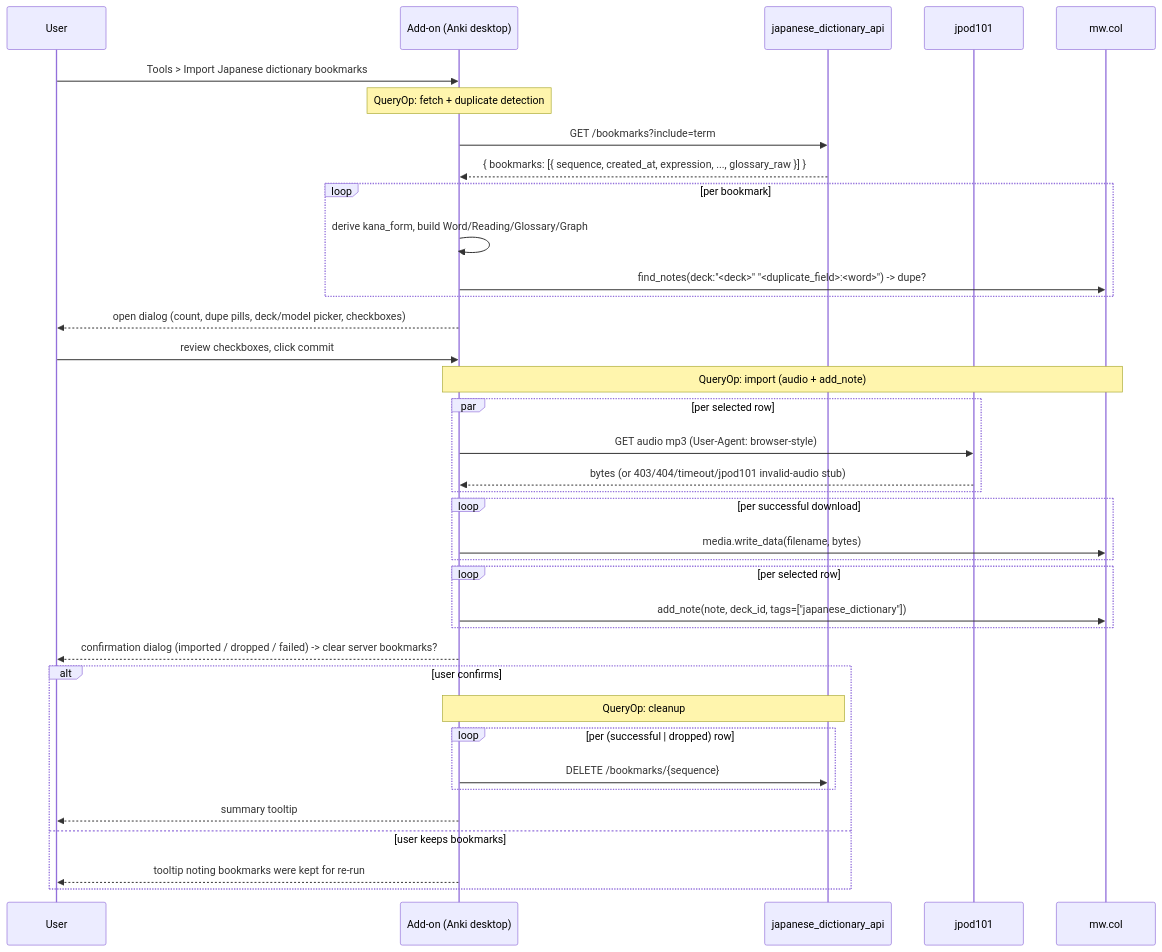
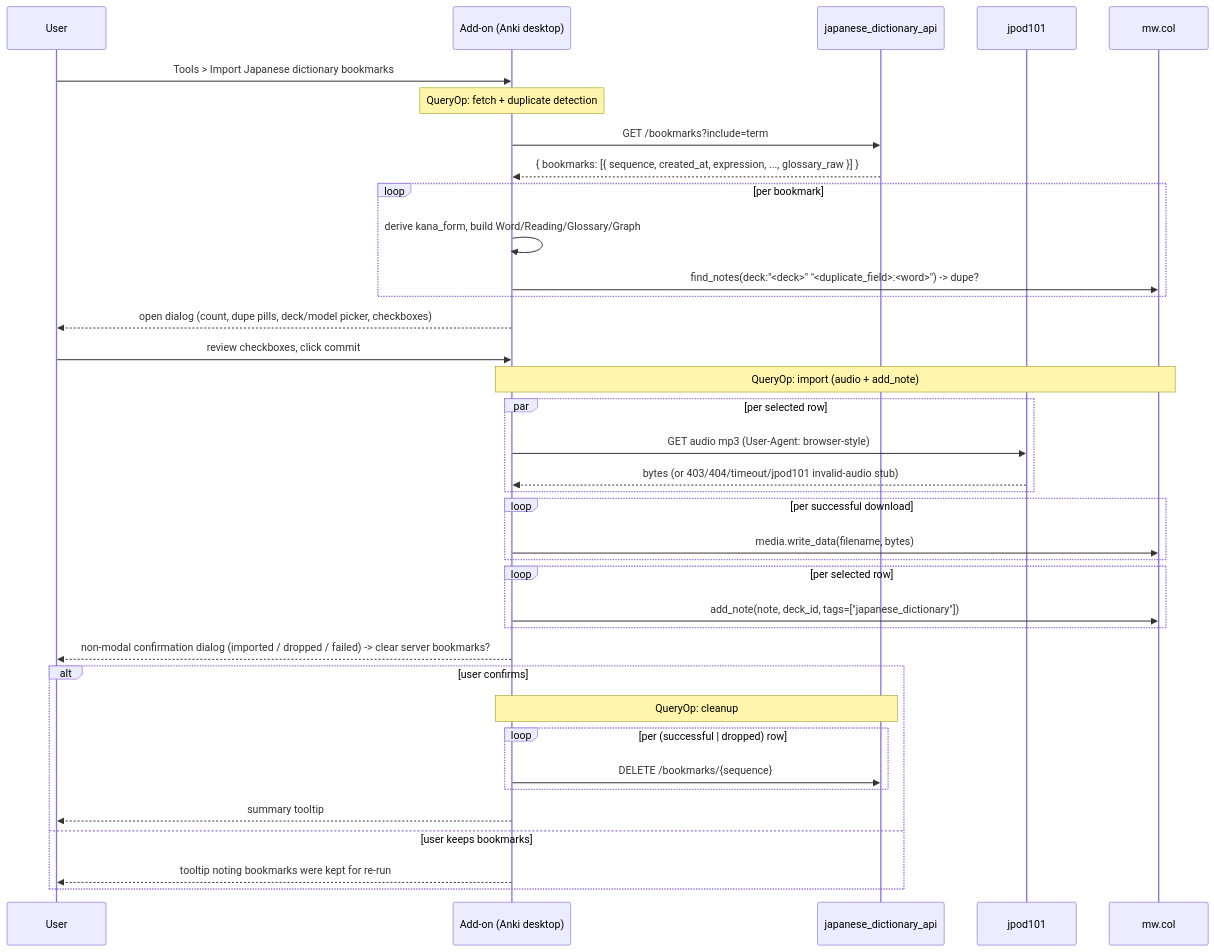
Before and after one commit to jordansimsmith/jordansimsmith-com: the second of 2 diagrams in japanese_dictionary_api/addon/README.md, drawn with Mermaid. The commit also changed other lines of this file and 2 other files, not shown here.

Commit message:
Restore non-modal post-import confirmation dialog
The modal askUser dialog blocks the main window, preventing the user
from browsing their deck to inspect imported cards before deciding
whether to clear server bookmarks. Restore the non-modal QMessageBox
with Clear/Keep buttons so the dialog stays open in the background.

````diff
--- a/japanese_dictionary_api/addon/README.md
+++ b/japanese_dictionary_api/addon/README.md
@@ -70,40 +70,40 @@
 ```mermaid
 sequenceDiagram
   participant U as User
   participant A as Add-on (Anki desktop)
   participant API as japanese_dictionary_api
   participant J as jpod101
   participant C as mw.col
 
   U->>A: Tools > Import Japanese dictionary bookmarks
   Note over A: QueryOp: fetch + duplicate detection
   A->>API: GET /bookmarks?include=term
   API-->>A: { bookmarks: [{ sequence, created_at, expression, ..., glossary_raw }] }
   loop per bookmark
     A->>A: derive kana_form, build Word/Reading/Glossary/Graph
     A->>C: find_notes(deck:"<deck>" "<duplicate_field>:<word>") -> dupe?
   end
   A-->>U: open dialog (count, dupe pills, deck/model picker, checkboxes)
   U->>A: review checkboxes, click commit
   Note over A,C: QueryOp: import (audio + add_note)
   par per selected row
     A->>J: GET audio mp3 (User-Agent: browser-style)
     J-->>A: bytes (or 403/404/timeout/jpod101 invalid-audio stub)
   end
   loop per successful download
     A->>C: media.write_data(filename, bytes)
   end
   loop per selected row
     A->>C: add_note(note, deck_id, tags=["japanese_dictionary"])
   end
-  A-->>U: confirmation dialog (imported / dropped / failed) -> clear server bookmarks?
+  A-->>U: non-modal confirmation dialog (imported / dropped / failed) -> clear server bookmarks?
   alt user confirms
     Note over A,API: QueryOp: cleanup
     loop per (successful | dropped) row
       A->>API: DELETE /bookmarks/{sequence}
     end
     A-->>U: summary tooltip
   else user keeps bookmarks
     A-->>U: tooltip noting bookmarks were kept for re-run
   end
 ```
````
